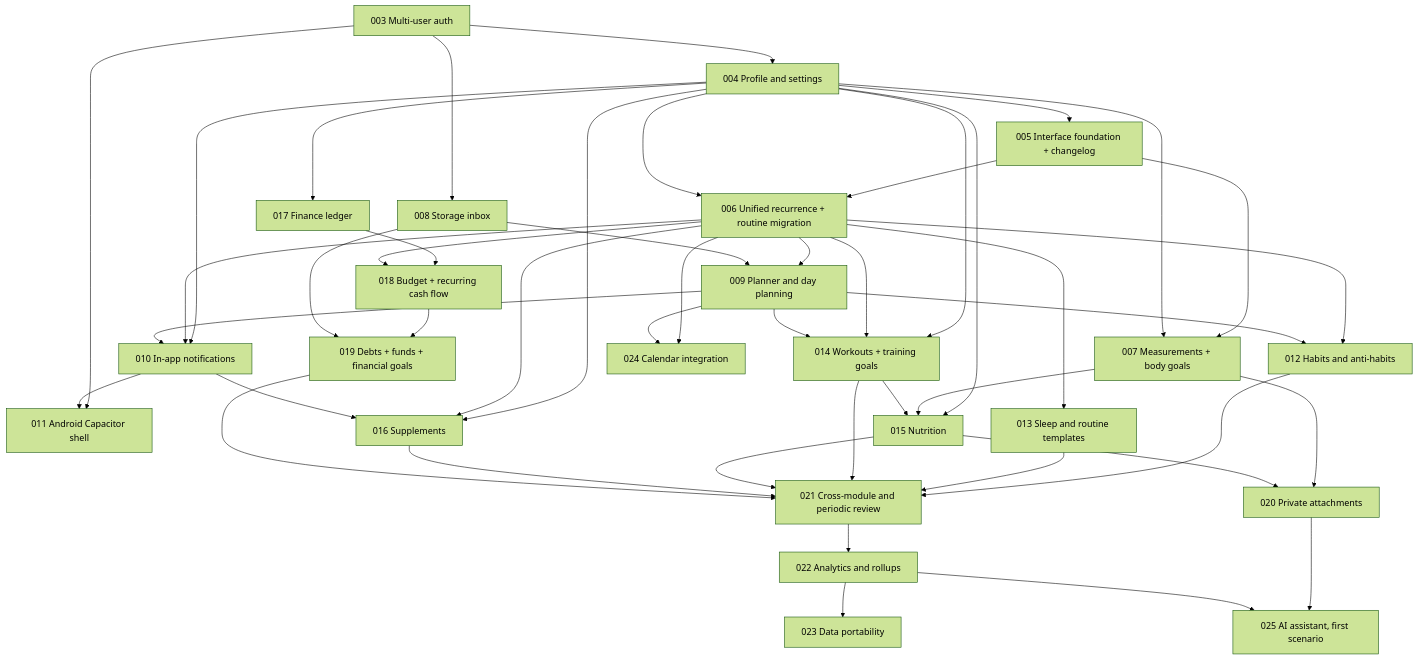
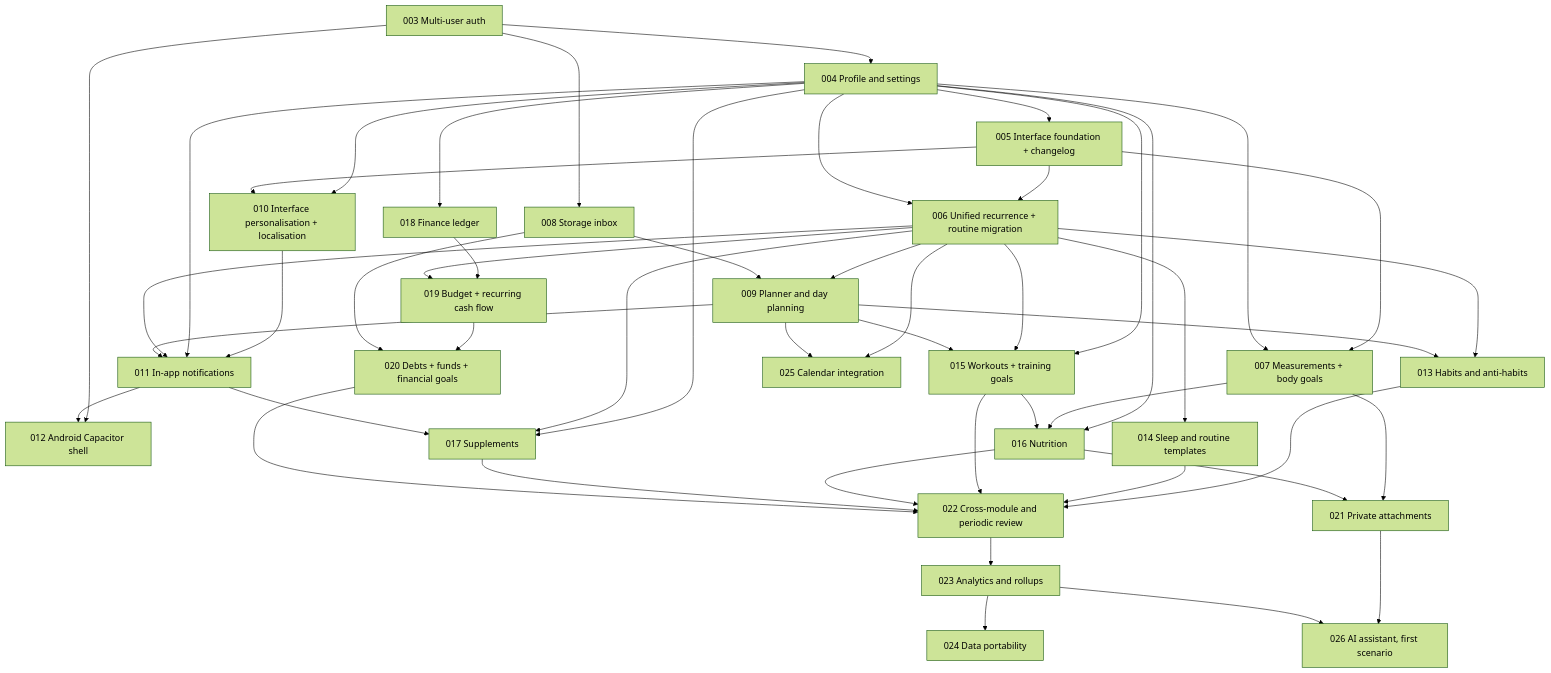
Before and after one commit to PanyaPrimal/selfHandlerApp: the diagram in docs/design/delivery-roadmap.md, drawn with Mermaid (forest theme). The commit also changed other lines of this file and 99 other files, not shown here.

Commit message:
feat: personalize and localize the interface

````diff
--- a/docs/design/delivery-roadmap.md
+++ b/docs/design/delivery-roadmap.md
@@ -54,57 +62,60 @@
 ```mermaid
 flowchart TD
     AUTH[003 Multi-user auth] --> PROFILE[004 Profile and settings]
     PROFILE --> INTERFACE[005 Interface foundation + changelog]
     INTERFACE --> RECURRENCE[006 Unified recurrence + routine migration]
     INTERFACE --> MEASUREMENTS[007 Measurements + body goals]
     PROFILE --> RECURRENCE
     PROFILE --> MEASUREMENTS
 
     AUTH --> STORAGE[008 Storage inbox]
     RECURRENCE --> PLANNER[009 Planner and day planning]
     STORAGE --> PLANNER
-    PROFILE --> NOTIFY[010 In-app notifications]
+    PROFILE --> PERSONALIZE[010 Interface personalisation + localisation]
+    INTERFACE --> PERSONALIZE
+    PERSONALIZE --> NOTIFY[011 In-app notifications]
+    PROFILE --> NOTIFY
     RECURRENCE --> NOTIFY
     PLANNER --> NOTIFY
-    AUTH --> ANDROID[011 Android Capacitor shell]
+    AUTH --> ANDROID[012 Android Capacitor shell]
     NOTIFY --> ANDROID
 
-    RECURRENCE --> HABITS[012 Habits and anti-habits]
+    RECURRENCE --> HABITS[013 Habits and anti-habits]
     PLANNER --> HABITS
-    RECURRENCE --> SLEEP[013 Sleep and routine templates]
+    RECURRENCE --> SLEEP[014 Sleep and routine templates]
 
-    PROFILE --> WORKOUTS[014 Workouts + training goals]
+    PROFILE --> WORKOUTS[015 Workouts + training goals]
     RECURRENCE --> WORKOUTS
     PLANNER --> WORKOUTS
 
-    PROFILE --> NUTRITION[015 Nutrition]
+    PROFILE --> NUTRITION[016 Nutrition]
     MEASUREMENTS --> NUTRITION
     WORKOUTS --> NUTRITION
 
-    PROFILE --> SUPPLEMENTS[016 Supplements]
+    PROFILE --> SUPPLEMENTS[017 Supplements]
     RECURRENCE --> SUPPLEMENTS
     NOTIFY --> SUPPLEMENTS
 
-    PROFILE --> LEDGER[017 Finance ledger]
-    LEDGER --> FINPLAN[018 Budget + recurring cash flow]
+    PROFILE --> LEDGER[018 Finance ledger]
+    LEDGER --> FINPLAN[019 Budget + recurring cash flow]
     RECURRENCE --> FINPLAN
-    FINPLAN --> FINGOALS[019 Debts + funds + financial goals]
+    FINPLAN --> FINGOALS[020 Debts + funds + financial goals]
     STORAGE --> FINGOALS
 
-    MEASUREMENTS --> ATTACHMENTS[020 Private attachments]
+    MEASUREMENTS --> ATTACHMENTS[021 Private attachments]
     NUTRITION --> ATTACHMENTS
 
-    HABITS --> REVIEW[021 Cross-module and periodic review]
+    HABITS --> REVIEW[022 Cross-module and periodic review]
     SLEEP --> REVIEW
     WORKOUTS --> REVIEW
     NUTRITION --> REVIEW
     SUPPLEMENTS --> REVIEW
     FINGOALS --> REVIEW
 
-    REVIEW --> ANALYTICS[022 Analytics and rollups]
-    ANALYTICS --> PORTABILITY[023 Data portability]
-    RECURRENCE --> CALENDAR[024 Calendar integration]
+    REVIEW --> ANALYTICS[023 Analytics and rollups]
+    ANALYTICS --> PORTABILITY[024 Data portability]
+    RECURRENCE --> CALENDAR[025 Calendar integration]
     PLANNER --> CALENDAR
-    ATTACHMENTS --> AI[025 AI assistant, first scenario]
+    ATTACHMENTS --> AI[026 AI assistant, first scenario]
     ANALYTICS --> AI
 ```
````
